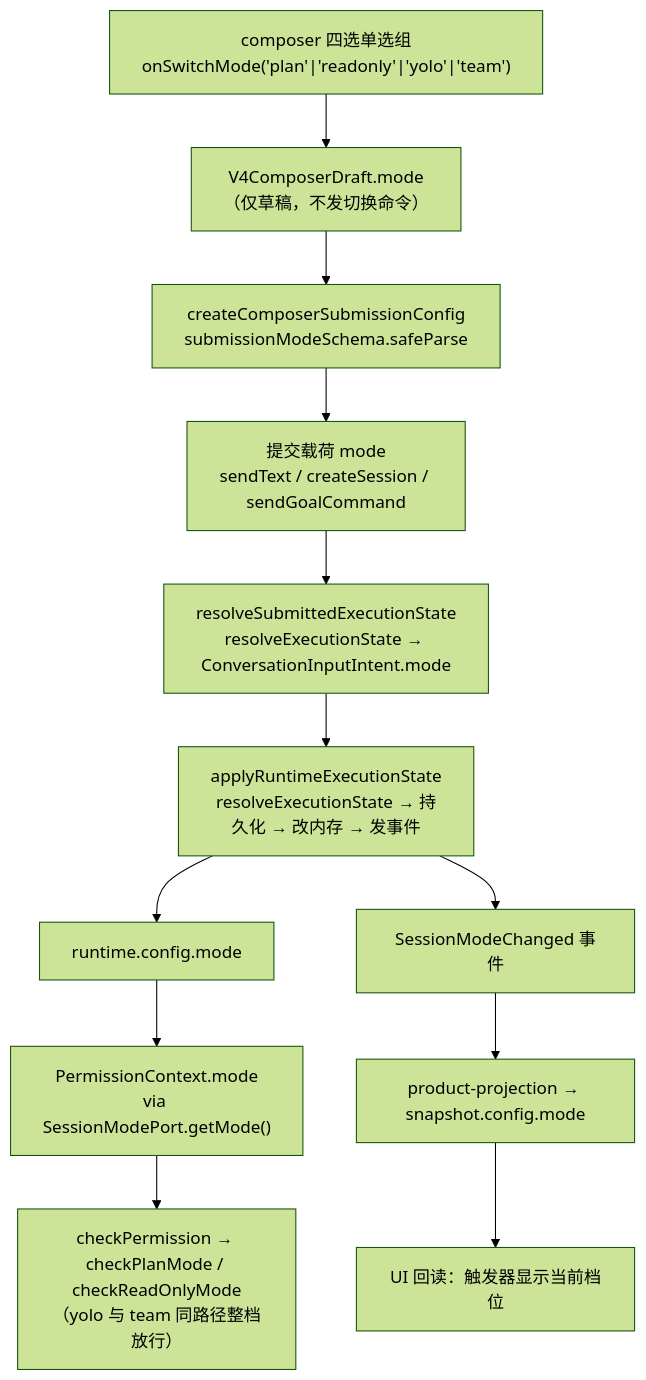
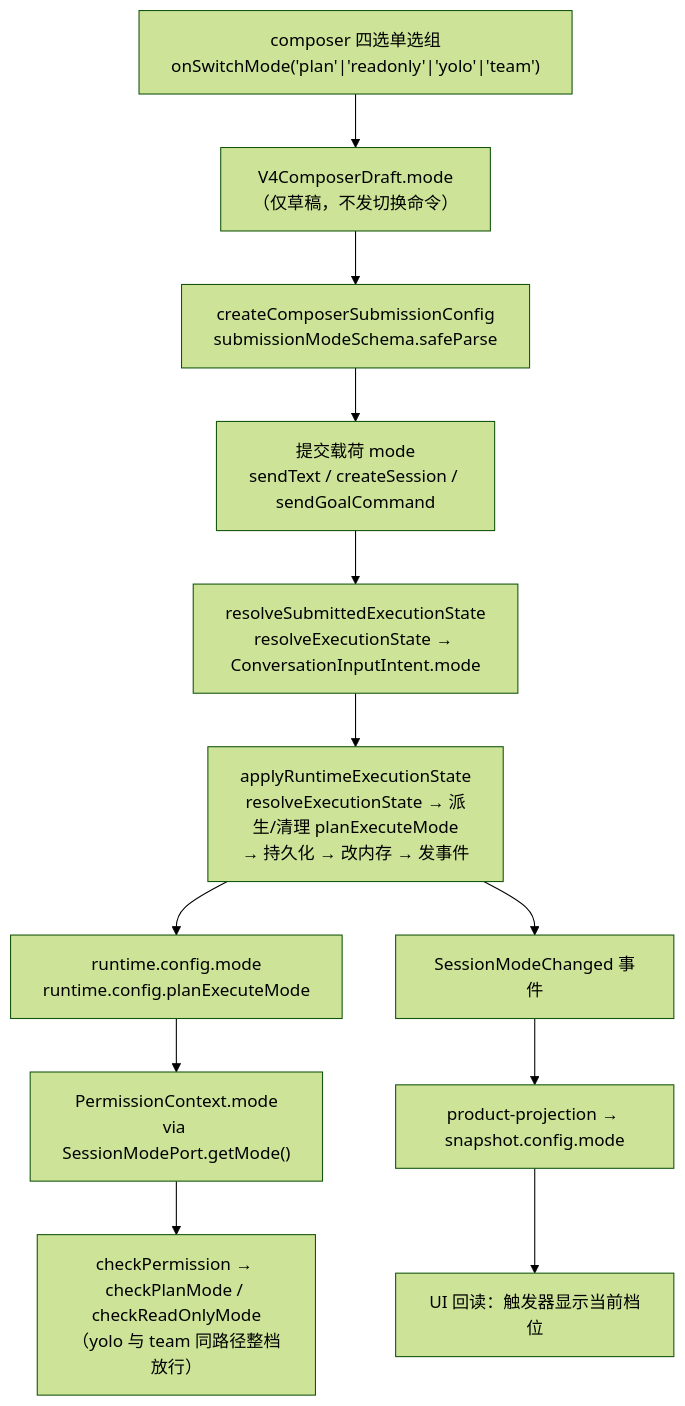
One commit to CasingAI/YCode changed the diagram in docs/specs/agent-mode-axis.md. Above: the diagram before and after it, drawn with Mermaid (forest theme). The commit also changed other lines of this file and 26 other files, not shown here.

````diff
--- a/docs/specs/agent-mode-axis.md
+++ b/docs/specs/agent-mode-axis.md
@@ -80,14 +81,14 @@
 ```mermaid
 flowchart TD
   A["composer 四选单选组<br/>onSwitchMode('plan'|'readonly'|'yolo'|'team')"] --> B["V4ComposerDraft.mode<br/>（仅草稿，不发切换命令）"]
   B --> C["createComposerSubmissionConfig<br/>submissionModeSchema.safeParse"]
   C --> D["提交载荷 mode<br/>sendText / createSession / sendGoalCommand"]
   D --> E["resolveSubmittedExecutionState<br/>resolveExecutionState → ConversationInputIntent.mode"]
-  E --> F["applyRuntimeExecutionState<br/>resolveExecutionState → 持久化 → 改内存 → 发事件"]
-  F --> G["runtime.config.mode"]
+  E --> F["applyRuntimeExecutionState<br/>resolveExecutionState → 派生/清理 planExecuteMode<br/>→ 持久化 → 改内存 → 发事件"]
+  F --> G["runtime.config.mode<br/>runtime.config.planExecuteMode"]
   G --> H["PermissionContext.mode<br/>via SessionModePort.getMode()"]
   H --> I["checkPermission → checkPlanMode / checkReadOnlyMode<br/>（yolo 与 team 同路径整档放行）"]
   F --> J["SessionModeChanged 事件"]
   J --> K["product-projection → snapshot.config.mode"]
   K --> L["UI 回读：触发器显示当前档位"]
 ```
````
